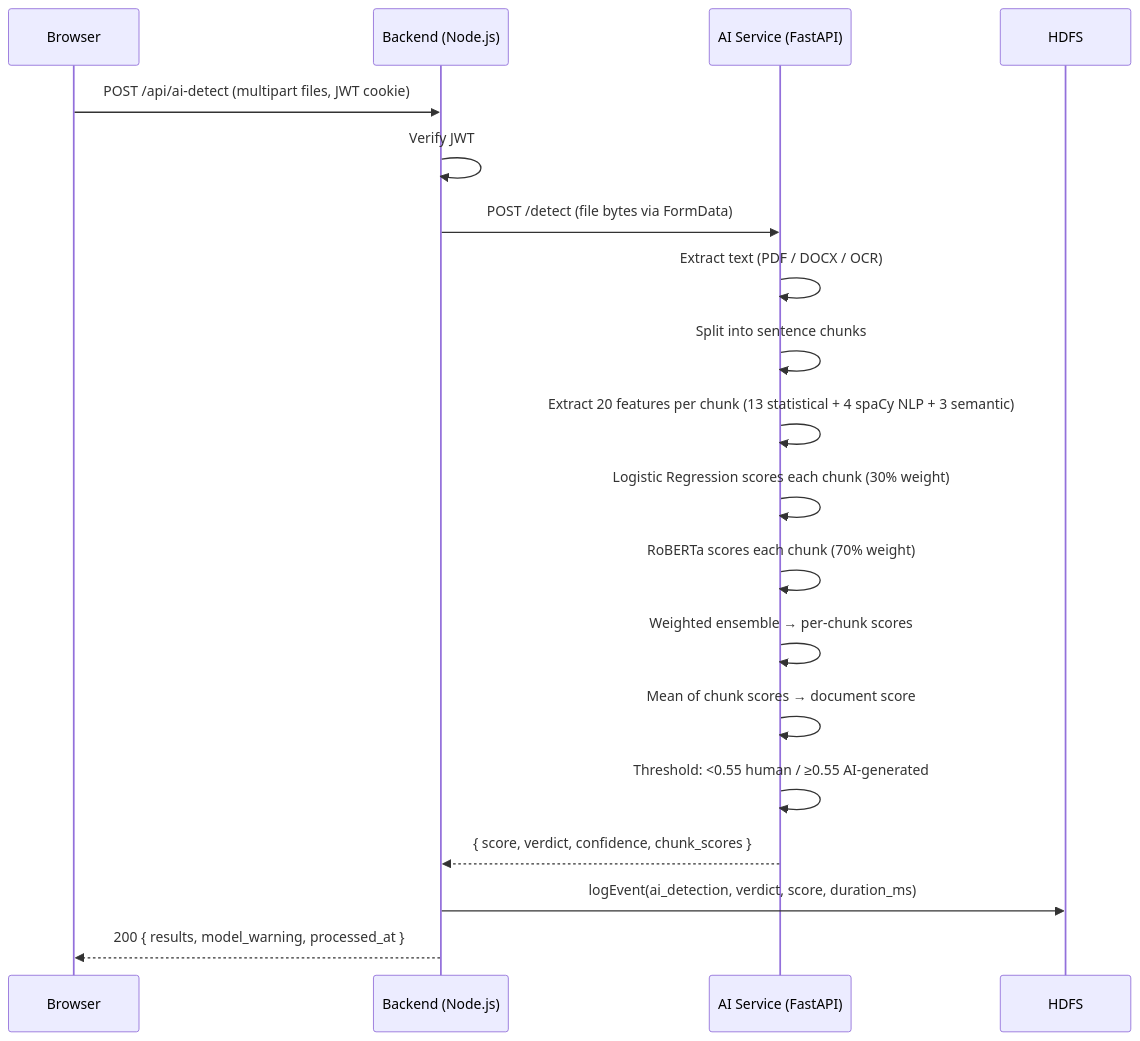
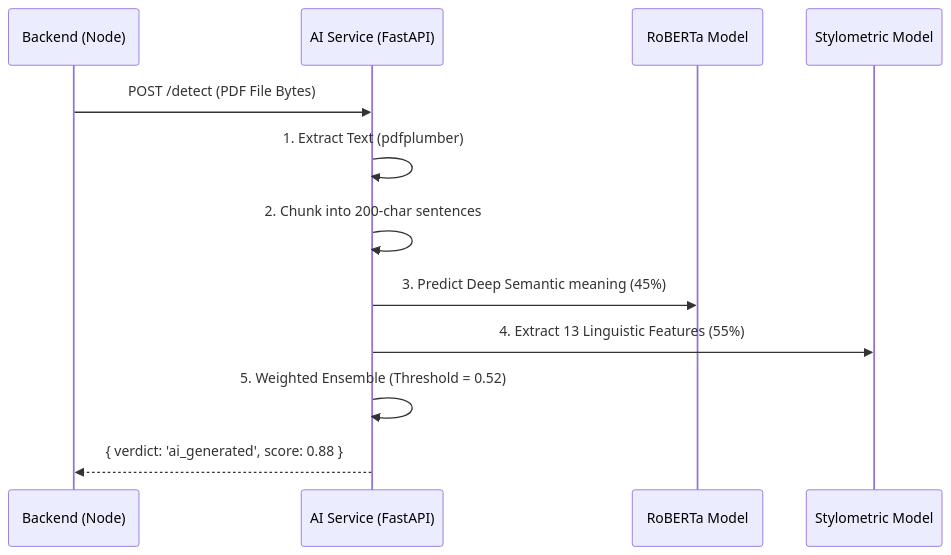
One commit to securitywithhem/vaultiq changed the third of 4 diagrams in README.md. Above: the diagram before and after it, drawn with Mermaid. The commit also changed other lines of this file, not shown here.

````diff
--- a/README.md
+++ b/README.md
@@ -250,21 +95,15 @@
 ```mermaid
 sequenceDiagram
-    participant U as Browser
-    participant B as Backend (Node.js)
+    participant API as Backend (Node)
     participant AI as AI Service (FastAPI)
+    participant PyTorch as RoBERTa Model
+    participant LR as Stylometric Model
 
-    U->>B: POST /api/ai-detect (multipart files, JWT cookie)
-    B->>B: Verify JWT
-    B->>AI: POST /detect (file bytes via FormData)
-    AI->>AI: Extract text (PDF / DOCX / OCR)
-    AI->>AI: Split into sentence chunks
-    AI->>AI: Extract 20 features per chunk (13 statistical + 4 spaCy NLP + 3 semantic)
-    AI->>AI: Logistic Regression scores each chunk (30% weight)
-    AI->>AI: RoBERTa scores each chunk (70% weight)
-    AI->>AI: Weighted ensemble → per-chunk scores
-    AI->>AI: Mean of chunk scores → document score
-    AI->>AI: Threshold: <0.55 human / ≥0.55 AI-generated
-    AI-->>B: { score, verdict, confidence, chunk_scores }
-    B->>HDFS: logEvent(ai_detection, verdict, score, duration_ms)
-    B-->>U: 200 { results, model_warning, processed_at }
+    API->>AI: POST /detect (PDF File Bytes)
+    AI->>AI: 1. Extract Text (pdfplumber)
+    AI->>AI: 2. Chunk into 200-char sentences
+    AI->>PyTorch: 3. Predict Deep Semantic meaning (45%)
+    AI->>LR: 4. Extract 13 Linguistic Features (55%)
+    AI->>AI: 5. Weighted Ensemble (Threshold = 0.52)
+    AI-->>API: { verdict: 'ai_generated', score: 0.88 }
 ```
````
